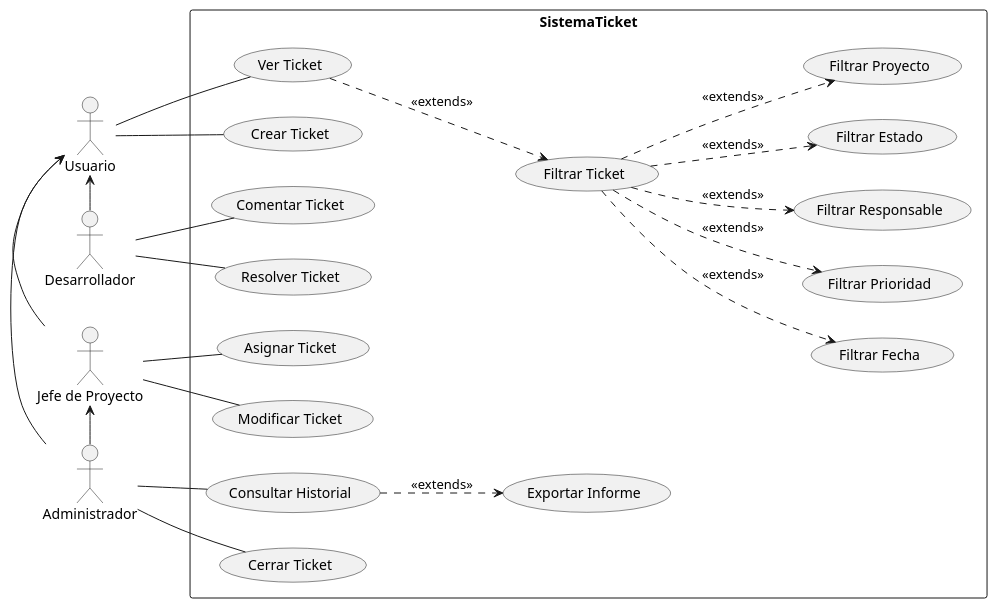
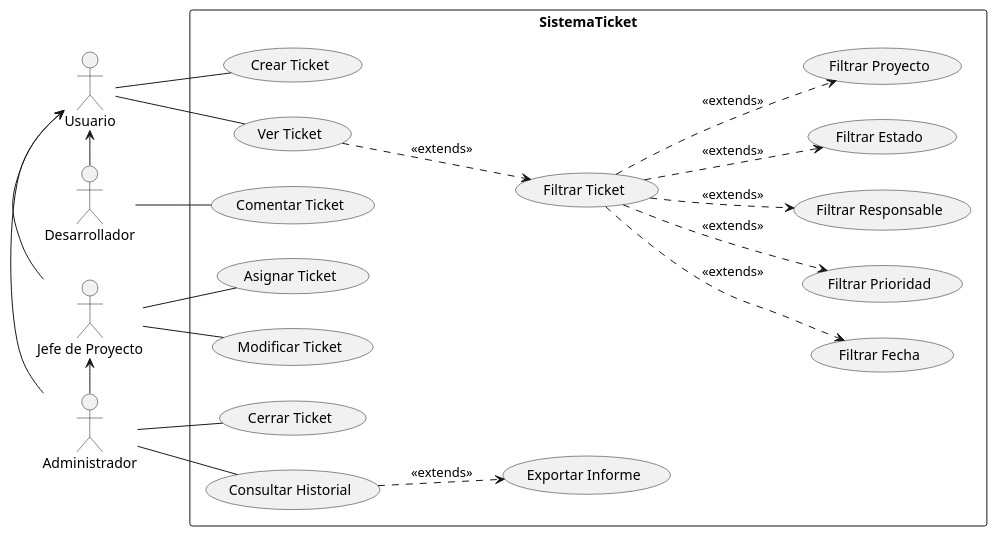
Before and after one commit to mmasias/23-24-IdSw1-SDR: the diagram in modelosUML/CasosDeUsos/CDU SistemaTicket.puml, drawn with PlantUML. The commit also changed 8 other files, not shown here.

```diff
--- a/modelosUML/CasosDeUsos/CDU SistemaTicket.puml
+++ b/modelosUML/CasosDeUsos/CDU SistemaTicket.puml
@@ -1,32 +1,31 @@
 @startuml
 
 left to right direction
 
 actor "Jefe de Proyecto" as JefeProyecto
 actor Administrador as Admin
 actor Usuario as Usuario
 actor Desarrollador as Dev
 
 rectangle SistemaTicket{
     Dev -l-> Usuario
     Dev -- (Comentar Ticket)
-    Dev -- (Resolver Ticket)
     Usuario -l- (Crear Ticket)
     Usuario -- (Ver Ticket)
     JefeProyecto -l-> Usuario
     JefeProyecto -- (Asignar Ticket)
     JefeProyecto -- (Modificar Ticket)
     (Ver Ticket) ..> (Filtrar Ticket) :<<extends>>
     (Filtrar Ticket) ..> (Filtrar Fecha) :<<extends>>
     (Filtrar Ticket) ..> (Filtrar Prioridad) : <<extends>>
     (Filtrar Ticket) ..>  (Filtrar Responsable) : <<extends>>
     (Filtrar Ticket) ..> (Filtrar Estado) : <<extends>>
     (Filtrar Ticket) ..>  (Filtrar Proyecto) : <<extends>>
     Admin -l-> Usuario
     Admin -l-> JefeProyecto
     Admin -- (Consultar Historial)
     (Consultar Historial) ..> (Exportar Informe) : <<extends>>
     Admin -- (Cerrar Ticket)
 }
 
 @enduml
```
